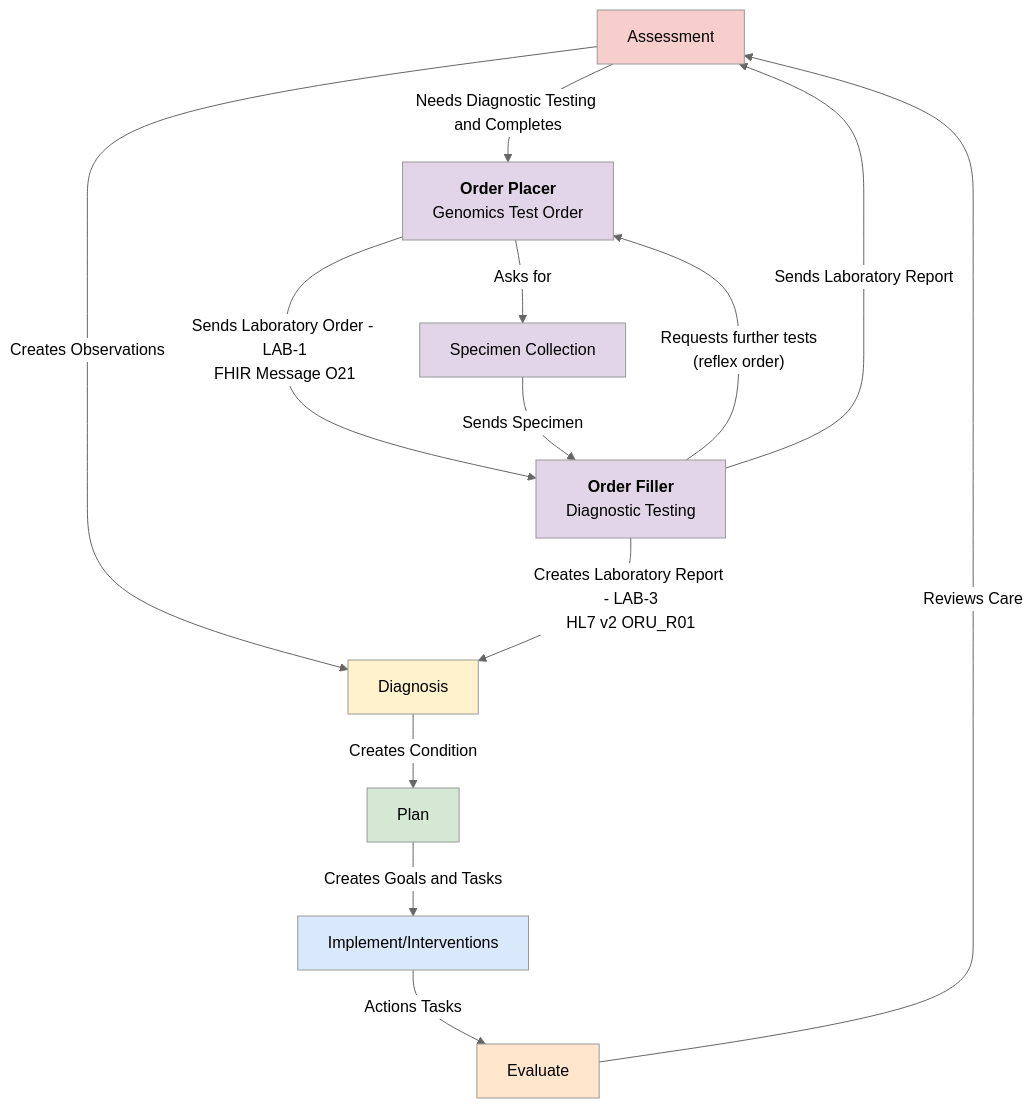
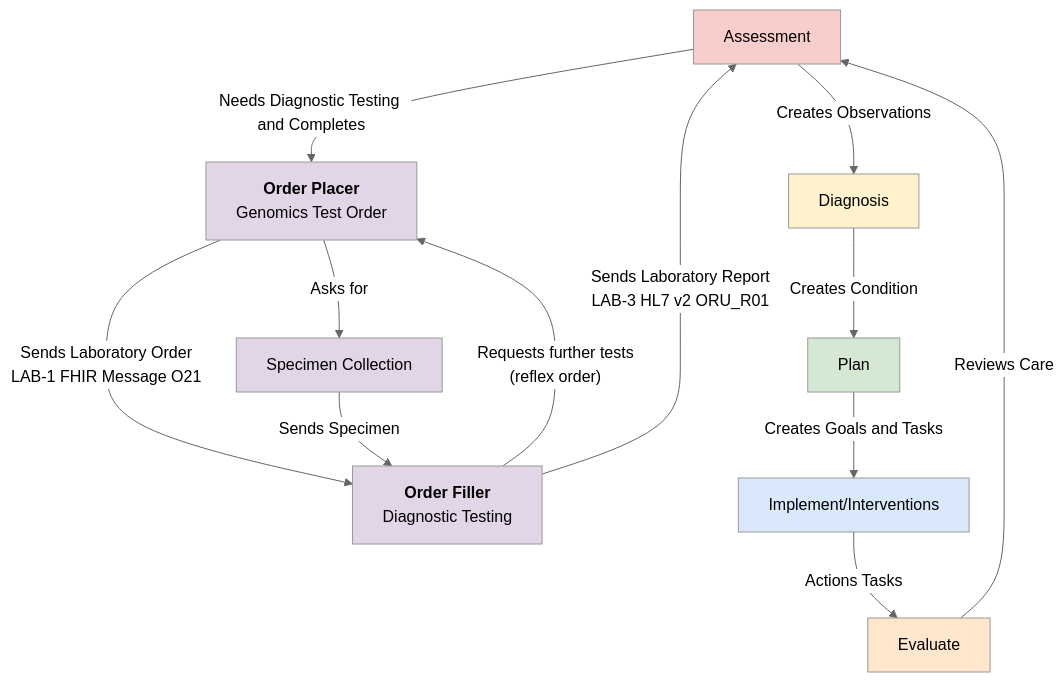
One commit to uk-gov-mirror/nw-gmsa.nw-gmsa.github.com changed the first of 5 diagrams in input/pagecontent/introduction.md. Above: the diagram before and after it, drawn with Mermaid (neutral theme). The commit also changed other lines of this file, not shown here.

````diff
--- a/input/pagecontent/introduction.md
+++ b/input/pagecontent/introduction.md
@@ -15,36 +15,35 @@
 ```mermaid
 graph TD;
 
     A[Assessment]-->|Creates Observations| B;
     A--> |Needs Diagnostic Testing and Completes| T;
     B[Diagnosis]-->|Creates Condition| C;
-    T[<b>Order Placer</b><br/>Genomics Test Order]--> |"Sends Laboratory Order - LAB-1<br/>FHIR Message O21"| AN;
+    T[<b>Order Placer</b><br/>Genomics Test Order]--> |"Sends Laboratory Order<br/>LAB-1 FHIR Message O21"| AN;
     T --> |Asks for| S
     S[Specimen Collection] --> |Sends Specimen| AN;
     AN["<b>Order Filler</b><br/>Diagnostic Testing"] --> |"Requests further tests <br/>(reflex order)"| T;
-    AN --> |"Creates Laboratory Report - LAB-3<br/>HL7 v2 ORU_R01"| B;
-    AN --> |Sends Laboratory Report| A;
+    AN --> |Sends Laboratory Report<br/>LAB-3 HL7 v2 ORU_R01| A;
     C[Plan]-->|Creates Goals and Tasks| D;
     D[Implement/Interventions]-->|Actions Tasks| E;
     E[Evaluate]--> |Reviews Care| A;
     
     click T Questionnaire-GenomicTestOrder.html
     click AN Questionnaire-GenomicTestReport.html
     click S ExampleScenario-BiopsyProcedure.html
 
     classDef purple fill:#E1D5E7;
 
     classDef yellow fill:#FFF2CC;
     classDef pink fill:#F8CECC
     classDef green fill:#D5E8D4;
     classDef blue fill:#DAE8FC;
     classDef orange fill:#FFE6CC;
 
     class A pink
     class B yellow
     class C green
     class D blue
     class E orange
 
     class O,S,T,AN purple
 ```
````
